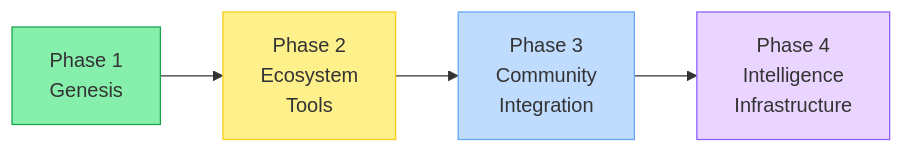
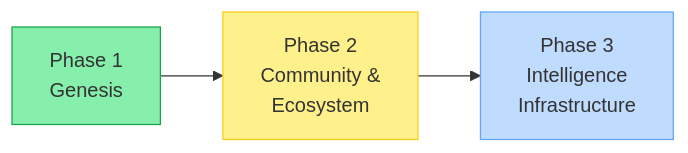
Before and after one commit to Miko-Protocol/docs: the first of 2 diagrams in docs/ecosystem/roadmap.md, drawn with Mermaid. The commit also changed other lines of this file and 18 other files, not shown here.

````diff
--- a/docs/ecosystem/roadmap.md
+++ b/docs/ecosystem/roadmap.md
@@ -9,10 +9,8 @@
 ```mermaid
 graph LR
-    P1["Phase 1<br/>Genesis"] --> P2["Phase 2<br/>Ecosystem<br/>Tools"]
-    P2 --> P3["Phase 3<br/>Community<br/>Integration"]
-    P3 --> P4["Phase 4<br/>Intelligence<br/>Infrastructure"]
+    P1["Phase 1<br/>Genesis"] --> P2["Phase 2<br/>Community &<br/>Ecosystem"]
+    P2 --> P3["Phase 3<br/>Intelligence<br/>Infrastructure"]
     style P1 fill:#86efac,stroke:#16a34a
     style P2 fill:#fef08a,stroke:#facc15
     style P3 fill:#bfdbfe,stroke:#60a5fa
-    style P4 fill:#e9d5ff,stroke:#8b5cf6
 ```
````
